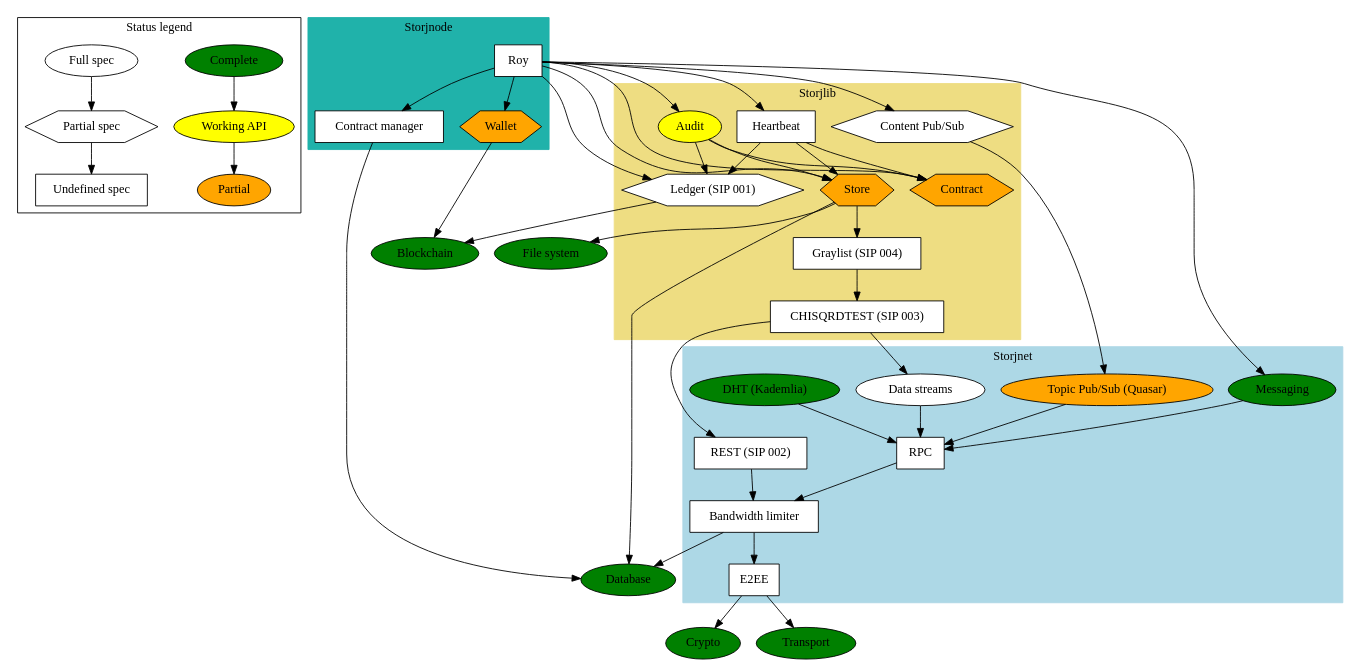
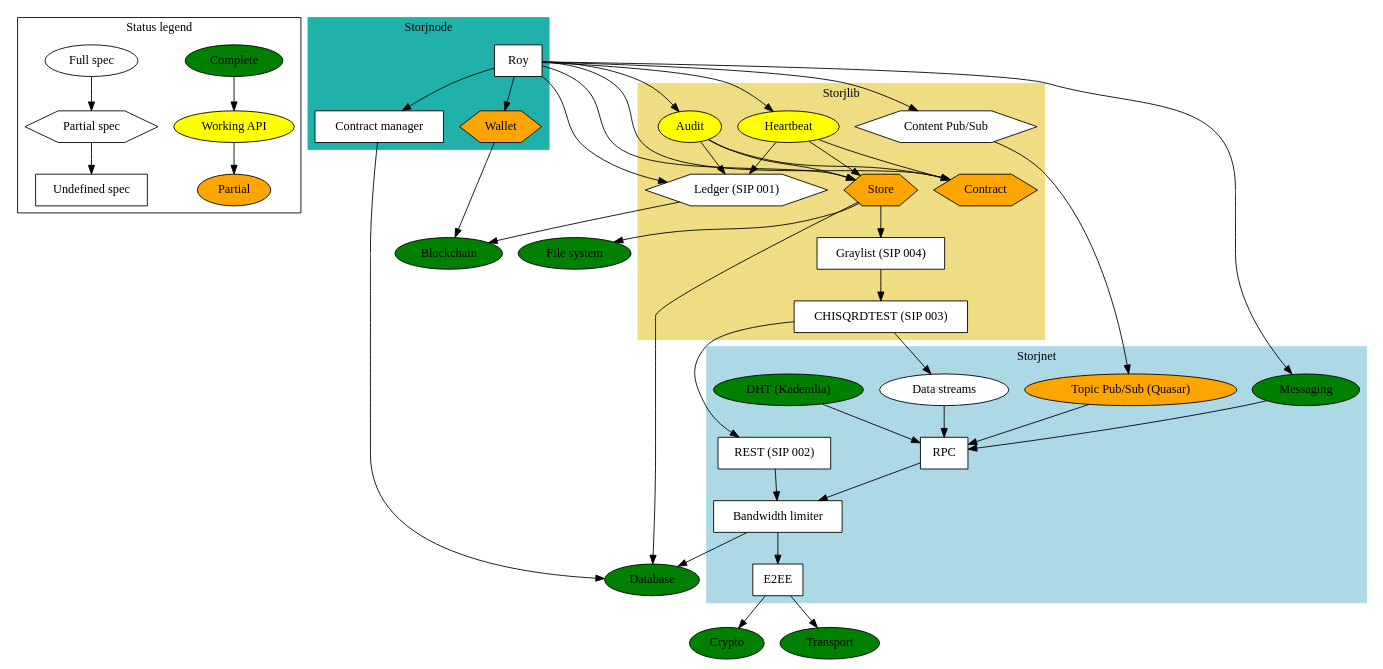
One commit to StorjOld/storjspec changed the diagram in status.dot. Above: the diagram before and after it, drawn with Graphviz. The commit also changed 3 other files, not shown here.

Commit message:
updated status graph and test swarm size

```diff
--- a/status.dot
+++ b/status.dot
@@ -1,109 +1,109 @@
 // syntax guide: http://www.graphviz.org/pdf/dotguide.pdf
 // compile png: `dot -Tpng status.dot -o status.png`
 // compile pdf: `dot -Tpdf status.dot -o status.pdf`
 
 
 digraph G {
     node [shape="box", style="filled", color="black", fillcolor="white"];
 
     // LEGEND
     subgraph cluster_0 {
         label = "Status legend";
 
         "Complete" [fillcolor=green, shape=ellipse];
         "Working API" [fillcolor=yellow, shape=ellipse];
         "Partial" [fillcolor=orange, shape=ellipse];
 
         "Full spec" [shape=ellipse];
         "Partial spec" [shape=hexagon];
         "Undefined spec" [shape=box];
     };
     "Complete" -> "Working API" -> "Partial";
     "Full spec" -> "Partial spec" -> "Undefined spec";
 
 
     // STORJNET
     subgraph cluster_1 {
         label = "Storjnet";
         style=filled;
         color=lightblue;
 
         "DHT (Kademlia)" [fillcolor=green, shape=ellipse];
         "Topic Pub/Sub (Quasar)" [fillcolor=orange, shape=ellipse]; // enable publishing and subscribing to events
         "Data streams" [shape=ellipse]; // full duplex data transfer
         "Messaging" [fillcolor=green, shape=ellipse]; // to shortcut the pubsub after peer found
         "RPC"; // rpc calls and data transfer between clients
         "E2EE"; // End-to-end encryption
         "Bandwidth limiter";
         "REST (SIP 002)"; // put/get shards
     };
     "DHT (Kademlia)" -> "RPC";
     "Topic Pub/Sub (Quasar)" -> "RPC";
     "Messaging" -> "RPC";
     "Data streams" -> "RPC";
     "RPC" -> "Bandwidth limiter";
     "REST (SIP 002)" -> "Bandwidth limiter";
     "Bandwidth limiter" -> "E2EE";
     "E2EE" -> "Crypto";
     "E2EE" -> "Transport";
     "Bandwidth limiter" -> "Database";
 
     // STORJLIB
     subgraph cluster_2 {
         label = "Storjlib";
         style=filled;
         color=lightgoldenrod;
 
         "Contract" [fillcolor=orange, shape=hexagon]; // terms of a storage contract between peers
         "Audit" [fillcolor=yellow, shape=ellipse]; // track state of a contract over time
         "Store" [fillcolor=orange, shape=hexagon];
-        "Heartbeat";
+        "Heartbeat" [fillcolor=yellow, shape=ellipse];
         "Ledger (SIP 001)" [shape=hexagon];
         "Graylist (SIP 004)";
         "CHISQRDTEST (SIP 003)";
         "Content Pub/Sub" [shape=hexagon]; // enable publishing and subscribing to events
     };
     "Content Pub/Sub" -> "Topic Pub/Sub (Quasar)";
     "Audit" -> "Contract"; // when/how to perform the audit
     "Audit" -> "Store"; // perform audit challange
     "Audit" -> "Ledger (SIP 001)"; // save result in ledger
     "Heartbeat" -> "Contract";
     "Heartbeat" -> "Store"; // perform heartbeat challange
     "Heartbeat" -> "Ledger (SIP 001)"; // save result in ledger
     "Store" -> "File system";
     "Store" -> "Graylist (SIP 004)";
     "Store" -> "Database";
     "Ledger (SIP 001)" -> "Blockchain";
     "Graylist (SIP 004)" -> "CHISQRDTEST (SIP 003)";
     "CHISQRDTEST (SIP 003)" -> "Data streams";
     "CHISQRDTEST (SIP 003)" -> "REST (SIP 002)";
 
     // STORJNODE
     subgraph cluster_3 {
         label = "Storjnode";
         style=filled;
         color=lightseagreen;
 
         "Roy"; // for sending/receiving of funds for services used 
         "Wallet" [fillcolor=orange, shape=hexagon];
         "Contract manager"; // Store contracts
     };
     "Roy" -> "Contract manager";
     "Contract manager" -> "Database";
     "Wallet" -> "Blockchain";
     "Roy" -> "Content Pub/Sub"; // ask/bid on contracts
     "Roy" -> "Messaging";
     "Roy" -> "Audit"; // perform audits
     "Roy" -> "Contract"; // verify agreed to use/provide a service
     "Roy" -> "Heartbeat";
     "Roy" -> "Ledger (SIP 001)"; // verify service was used/provided
     "Roy" -> "Wallet"; // transfer funds
     "Roy" -> "Store";
 
     // EXTERNAL
     "File system" [fillcolor=green, shape=ellipse];
     "Crypto" [fillcolor=green, shape=ellipse];
     "Database" [fillcolor=green, shape=ellipse];
     "Blockchain" [fillcolor=green, shape=ellipse];
     "Transport" [fillcolor=green, shape=ellipse];
 }
```
